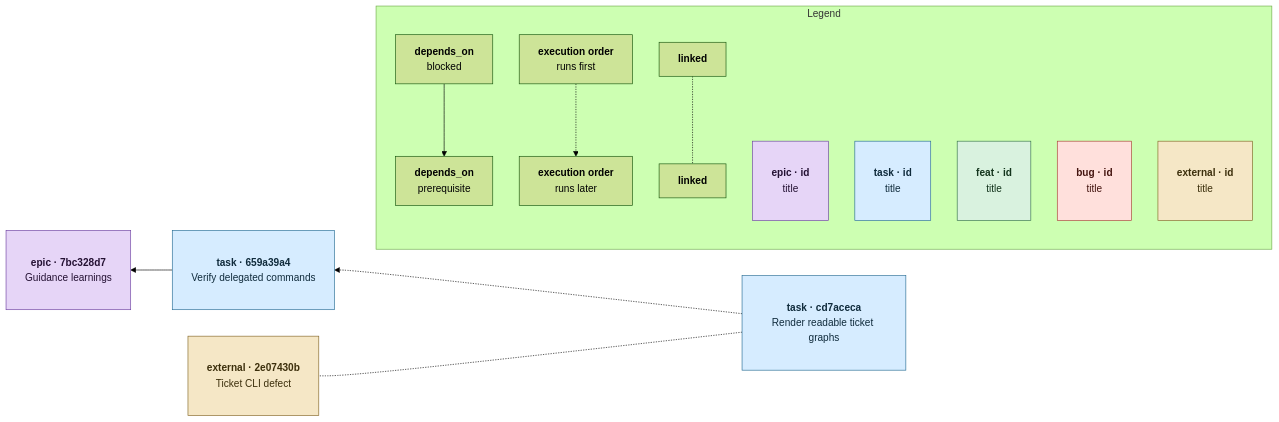
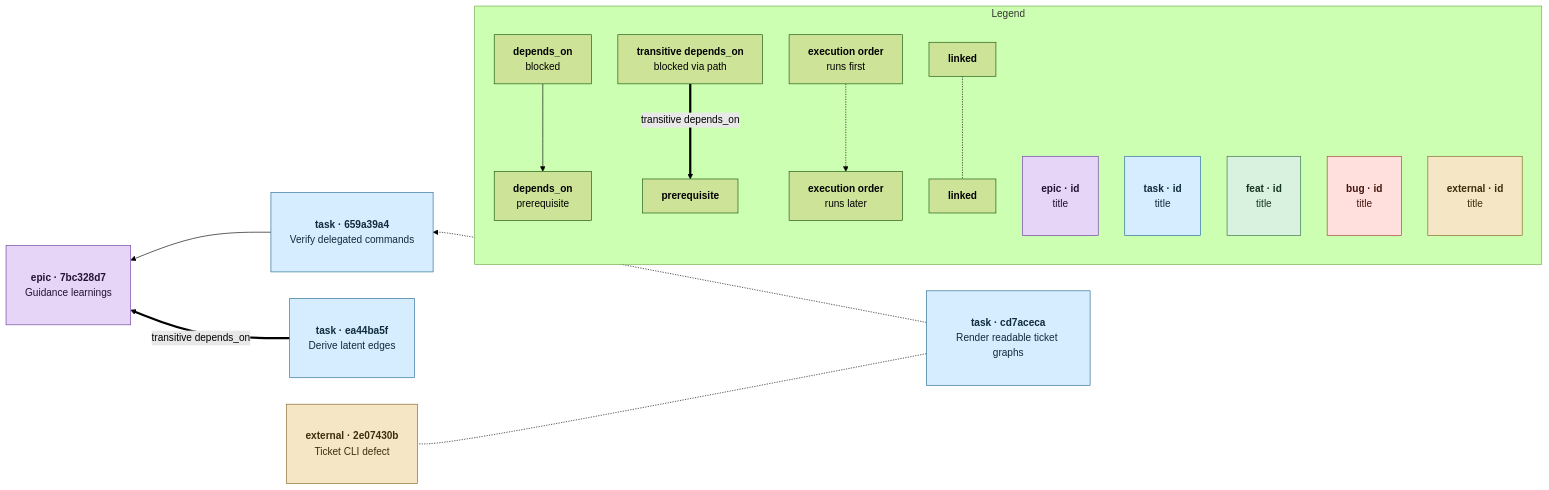
The diagram in .agents/instructions/orchestration/mermaid-graph-rendering.instructions.md (mankinskin/context-engine), drawn with Mermaid (forest theme) before and after one commit. The commit also changed other lines of this file and 20 other files, not shown here.

First line of the commit message:
docs(agents): apply nine gate, planning, and graph-rendering learnings

````diff
--- a/.agents/instructions/orchestration/mermaid-graph-rendering.instructions.md
+++ b/.agents/instructions/orchestration/mermaid-graph-rendering.instructions.md
@@ -24,30 +54,32 @@
 ```mermaid
 %%{init: {"flowchart": {"htmlLabels": true, "nodeSpacing": 42, "rankSpacing": 66, "useMaxWidth": false}}}%%
 flowchart RL
     taskA["<b>task · 659a39a4</b><br/>Verify delegated commands"] --> epicA["<b>epic · 7bc328d7</b><br/>Guidance learnings"]
     taskB["<b>task · cd7aceca</b><br/>Render readable ticket graphs"] -.-> taskA
+    taskC["<b>task · ea44ba5f</b><br/>Derive latent edges"] ==>|transitive depends_on| epicA
     taskB -.- extA["<b>external · 2e07430b</b><br/>Ticket CLI defect"]
 
     subgraph Legend["Legend"]
         direction TB
         depA["<b>depends_on</b><br/>blocked"] --> depB["<b>depends_on</b><br/>prerequisite"]
+        latentA["<b>transitive depends_on</b><br/>blocked via path"] ==>|transitive depends_on| latentB["<b>prerequisite</b>"]
         orderA["<b>execution order</b><br/>runs first"] -.-> orderB["<b>execution order</b><br/>runs later"]
         linkA["<b>linked</b>"] -.- linkB["<b>linked</b>"]
         legendEpic["<b>epic · id</b><br/>title"]
         legendTask["<b>task · id</b><br/>title"]
         legendFeat["<b>feat · id</b><br/>title"]
         legendBug["<b>bug · id</b><br/>title"]
         legendExternal["<b>external · id</b><br/>title"]
     end
 
     classDef epic fill:#e6d5f7,stroke:#6b3fa0,color:#241133,padding:12px
     classDef task fill:#d6ecff,stroke:#246a92,color:#102b3c,padding:12px
     classDef feat fill:#d9f2df,stroke:#317044,color:#14351d,padding:12px
     classDef bug fill:#ffe0dc,stroke:#a73d32,color:#451510,padding:12px
     classDef external fill:#f5e7c6,stroke:#806323,color:#3c2f0c,padding:12px
-    class taskA,taskB,legendTask task
+    class taskA,taskB,taskC,legendTask task
     class epicA,legendEpic epic
     class extA,legendExternal external
     class legendFeat feat
     class legendBug bug
 ```
````
